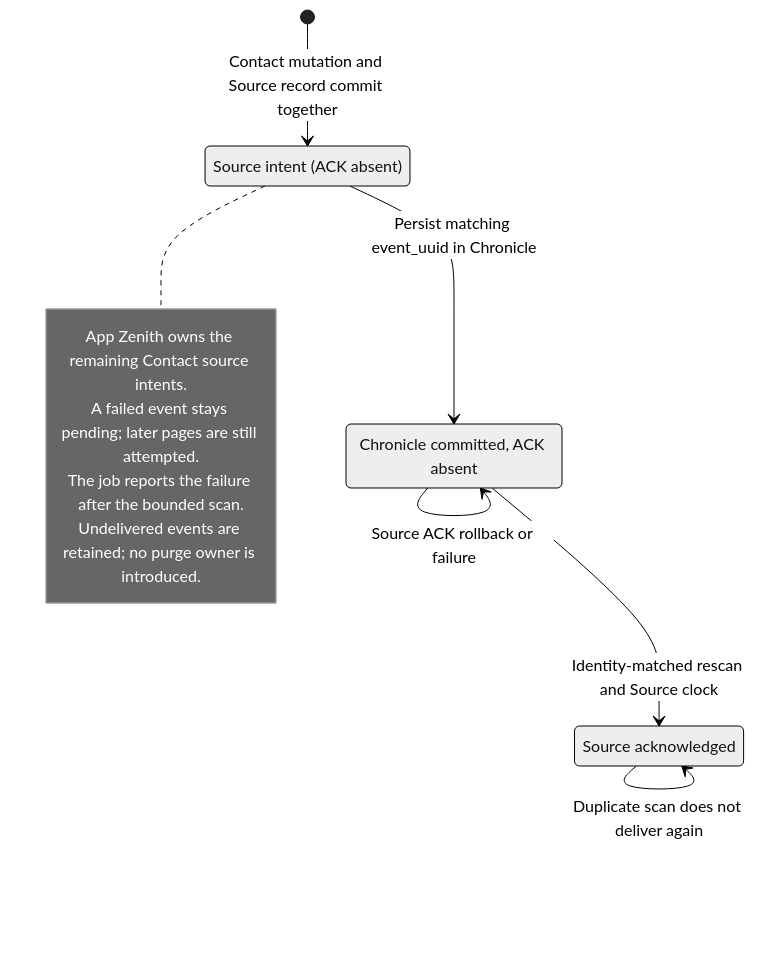
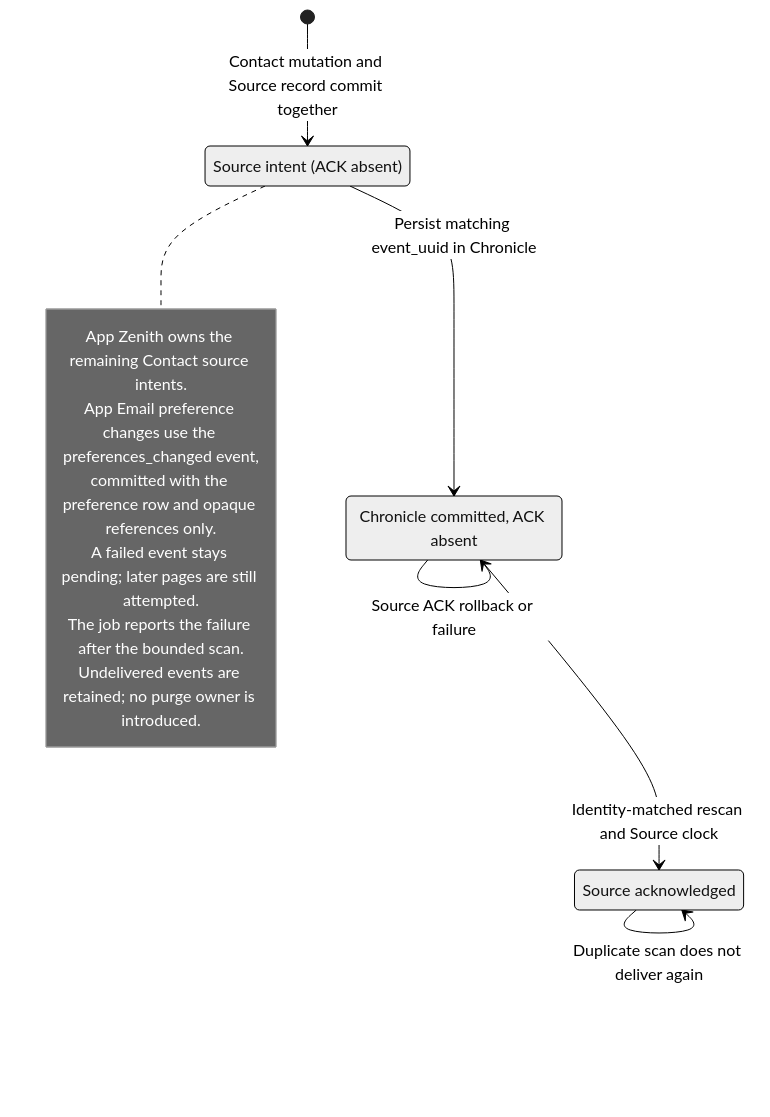
The diagram in docs/mermaid/idp-contact-audit-outbox.mmd (seahal/umaxica-apps-jit-global), drawn with Mermaid (neutral theme) before and after one commit. The commit also changed 1736 other files, not shown here.

```diff
--- a/docs/mermaid/idp-contact-audit-outbox.mmd
+++ b/docs/mermaid/idp-contact-audit-outbox.mmd
@@ -1,15 +1,17 @@
 stateDiagram-v2
     state "Source intent (ACK absent)" as Pending
     state "Chronicle committed, ACK absent" as Recoverable
     state "Source acknowledged" as Acknowledged
     [*] --> Pending: Contact mutation and Source record commit together
     Pending --> Recoverable: Persist matching event_uuid in Chronicle
     Recoverable --> Recoverable: Source ACK rollback or failure
     Recoverable --> Acknowledged: Identity-matched rescan and Source clock
     Acknowledged --> Acknowledged: Duplicate scan does not deliver again
     note right of Pending
         App Zenith owns the remaining Contact source intents.
+        App Email preference changes use the preferences_changed event,
+        committed with the preference row and opaque references only.
         A failed event stays pending; later pages are still attempted.
         The job reports the failure after the bounded scan.
         Undelivered events are retained; no purge owner is introduced.
     end note
```
